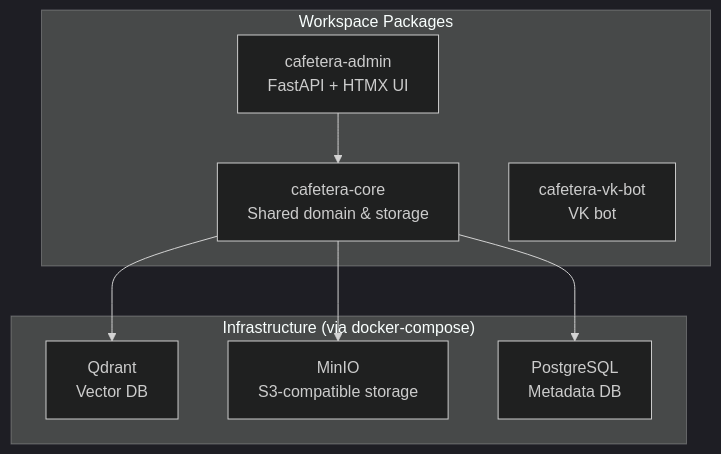
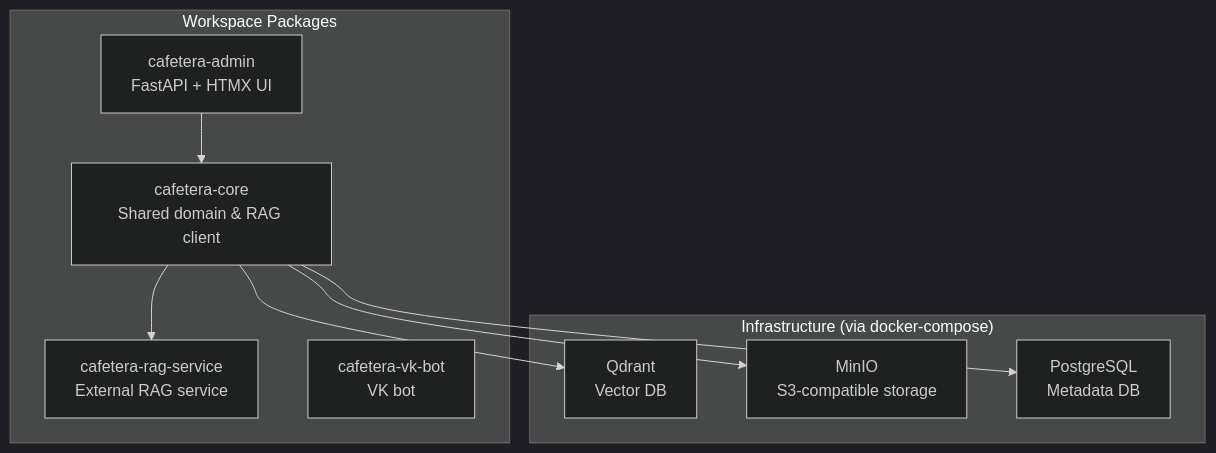
The first of 10 diagrams in .qoder/repowiki/en/content/VK Integration/Admin Package Integration.md (ognelis/cafetera_hr_bot), drawn with Mermaid (dark theme) before and after one commit. The commit also changed other lines of this file and 69 other files, not shown here.

Commit message:
CAFETERA-62 Implemented RAG service

````diff
--- a/.qoder/repowiki/en/content/VK Integration/Admin Package Integration.md
+++ b/.qoder/repowiki/en/content/VK Integration/Admin Package Integration.md
@@ -58,17 +62,19 @@
 ```mermaid
 graph TB
 subgraph "Workspace Packages"
-CORE["cafetera-core<br/>Shared domain & storage"]
+CORE["cafetera-core<br/>Shared domain & RAG client"]
 ADMIN["cafetera-admin<br/>FastAPI + HTMX UI"]
+RAGSERVICE["cafetera-rag-service<br/>External RAG service"]
 VKBOT["cafetera-vk-bot<br/>VK bot"]
 end
 subgraph "Infrastructure (via docker-compose)"
 QDRANT["Qdrant<br/>Vector DB"]
 MINIO["MinIO<br/>S3-compatible storage"]
 PG["PostgreSQL<br/>Metadata DB"]
 end
 ADMIN --> CORE
+CORE --> RAGSERVICE
 CORE --> QDRANT
 CORE --> MINIO
 CORE --> PG
 ```
````
